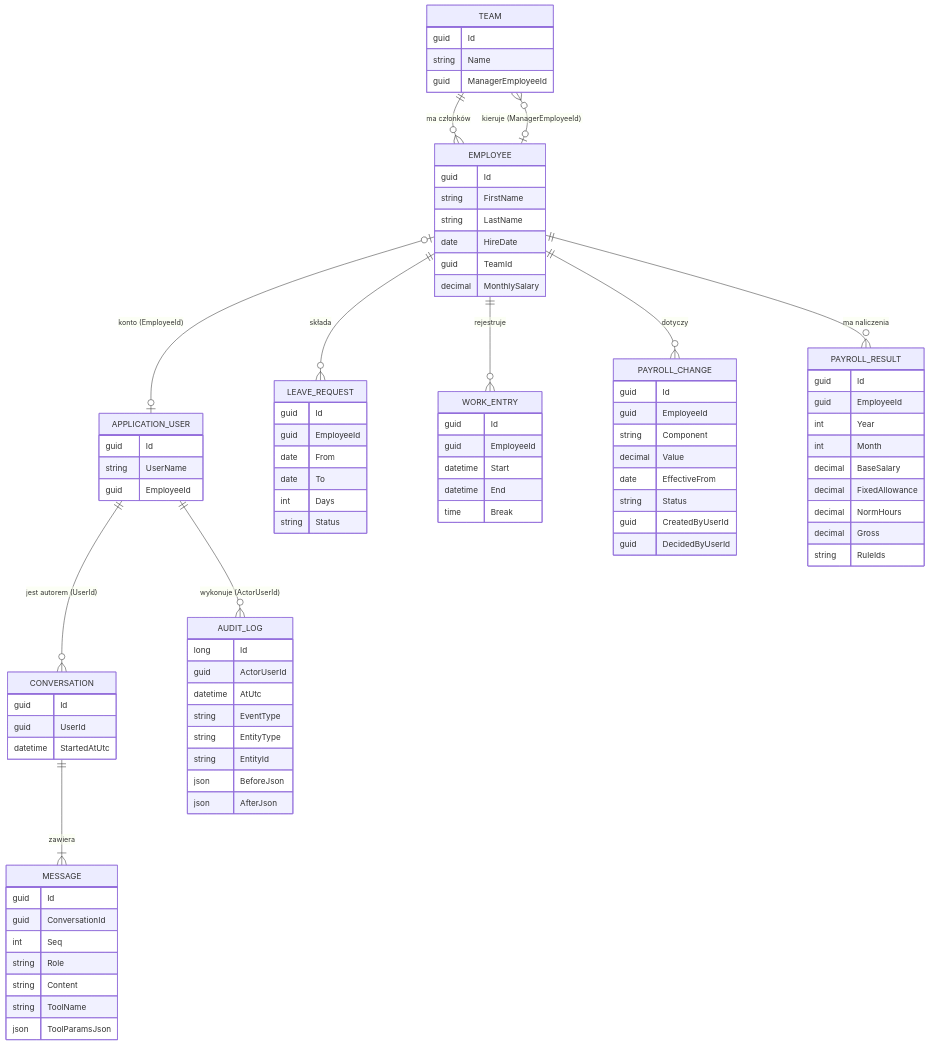
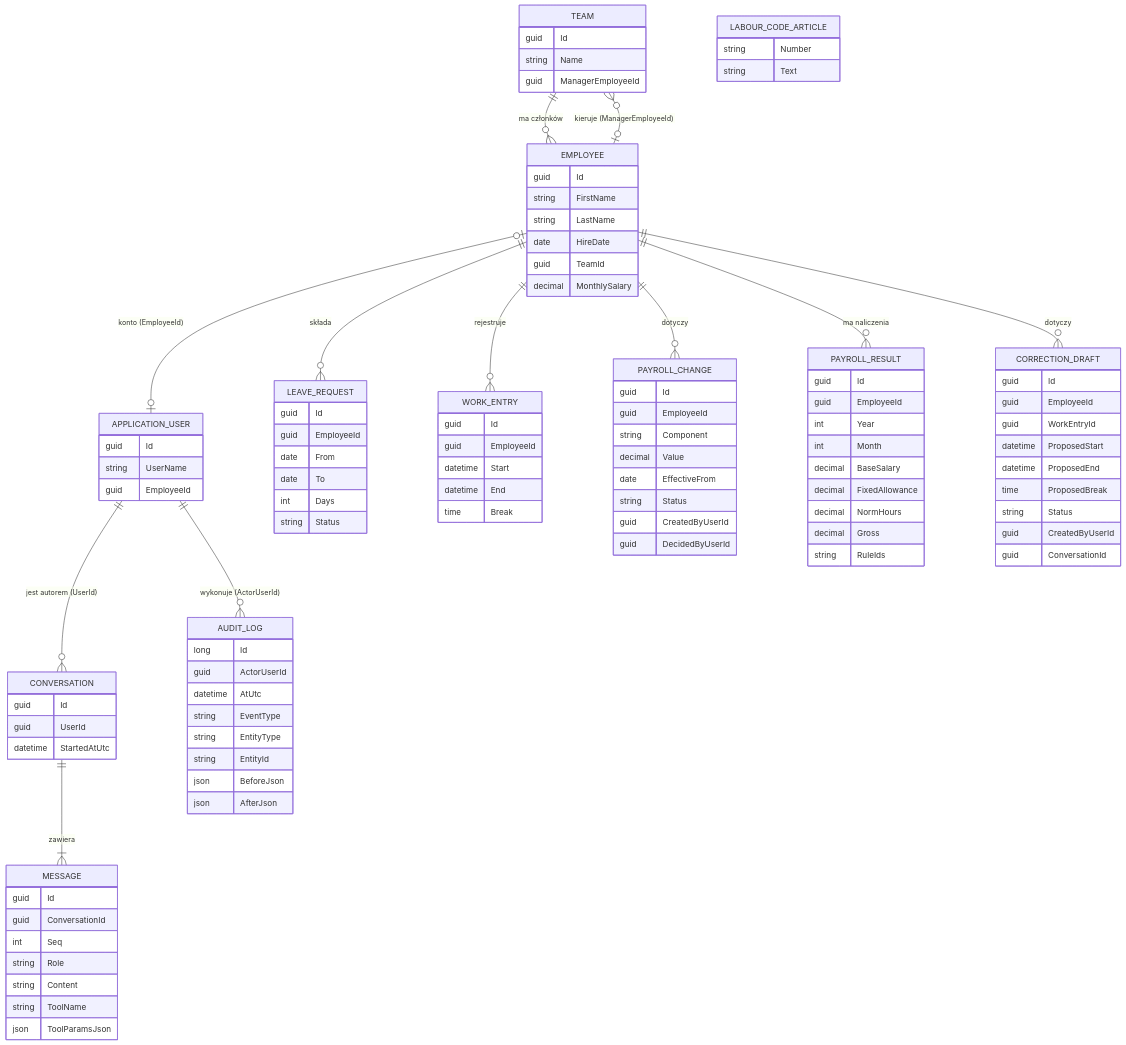
One commit to 99996927/TePePwEduPL changed the third of 3 diagrams in docs/arc42/05-widok-blokow.md. Above: the diagram before and after it, drawn with Mermaid. The commit also changed other lines of this file and 20 other files, not shown here.

````diff
--- a/docs/arc42/05-widok-blokow.md
+++ b/docs/arc42/05-widok-blokow.md
@@ -80,23 +83,26 @@
 ```mermaid
 erDiagram
     TEAM ||--o{ EMPLOYEE : "ma członków"
     EMPLOYEE |o--o{ TEAM : "kieruje (ManagerEmployeeId)"
     EMPLOYEE |o--o| APPLICATION_USER : "konto (EmployeeId)"
     EMPLOYEE ||--o{ LEAVE_REQUEST : składa
     EMPLOYEE ||--o{ WORK_ENTRY : rejestruje
     EMPLOYEE ||--o{ PAYROLL_CHANGE : dotyczy
     EMPLOYEE ||--o{ PAYROLL_RESULT : "ma naliczenia"
     APPLICATION_USER ||--o{ CONVERSATION : "jest autorem (UserId)"
     CONVERSATION ||--|{ MESSAGE : zawiera
+    EMPLOYEE ||--o{ CORRECTION_DRAFT : dotyczy
     APPLICATION_USER ||--o{ AUDIT_LOG : "wykonuje (ActorUserId)"
     TEAM { guid Id string Name guid ManagerEmployeeId }
     EMPLOYEE { guid Id string FirstName string LastName date HireDate guid TeamId decimal MonthlySalary }
     APPLICATION_USER { guid Id string UserName guid EmployeeId }
     LEAVE_REQUEST { guid Id guid EmployeeId date From date To int Days string Status }
     WORK_ENTRY { guid Id guid EmployeeId datetime Start datetime End time Break }
     PAYROLL_CHANGE { guid Id guid EmployeeId string Component decimal Value date EffectiveFrom string Status guid CreatedByUserId guid DecidedByUserId }
     PAYROLL_RESULT { guid Id guid EmployeeId int Year int Month decimal BaseSalary decimal FixedAllowance decimal NormHours decimal Gross string RuleIds }
     CONVERSATION { guid Id guid UserId datetime StartedAtUtc }
     MESSAGE { guid Id guid ConversationId int Seq string Role string Content string ToolName json ToolParamsJson }
+    CORRECTION_DRAFT { guid Id guid EmployeeId guid WorkEntryId datetime ProposedStart datetime ProposedEnd time ProposedBreak string Status guid CreatedByUserId guid ConversationId }
+    LABOUR_CODE_ARTICLE { string Number string Text }
     AUDIT_LOG { long Id guid ActorUserId datetime AtUtc string EventType string EntityType string EntityId json BeforeJson json AfterJson }
 ```
````
